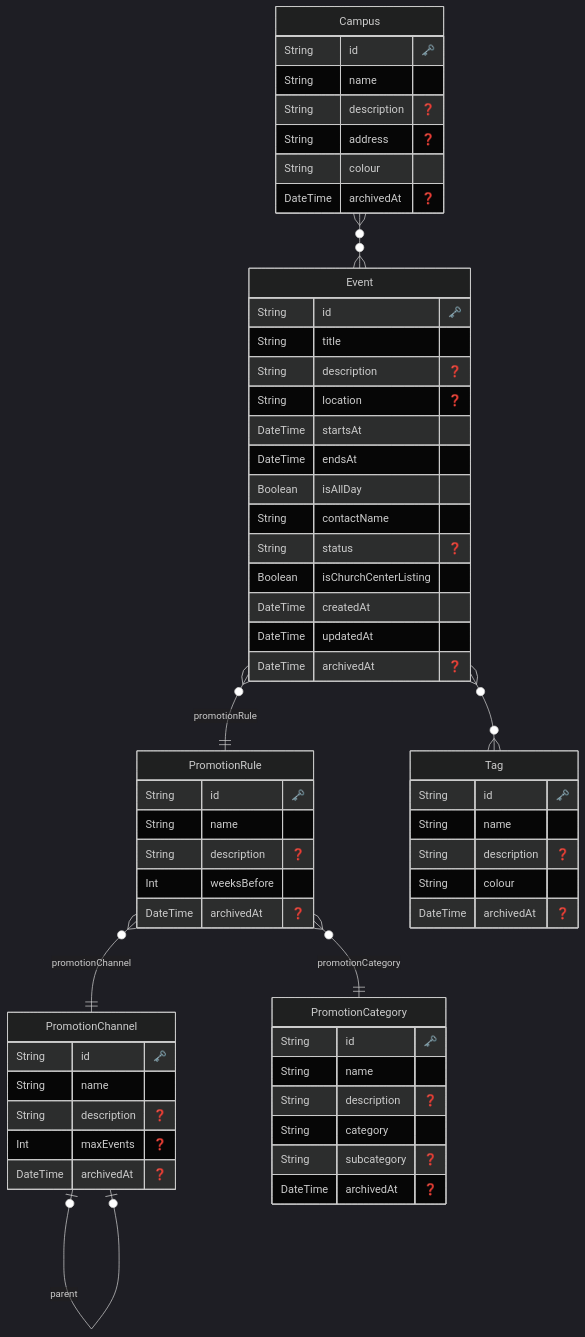
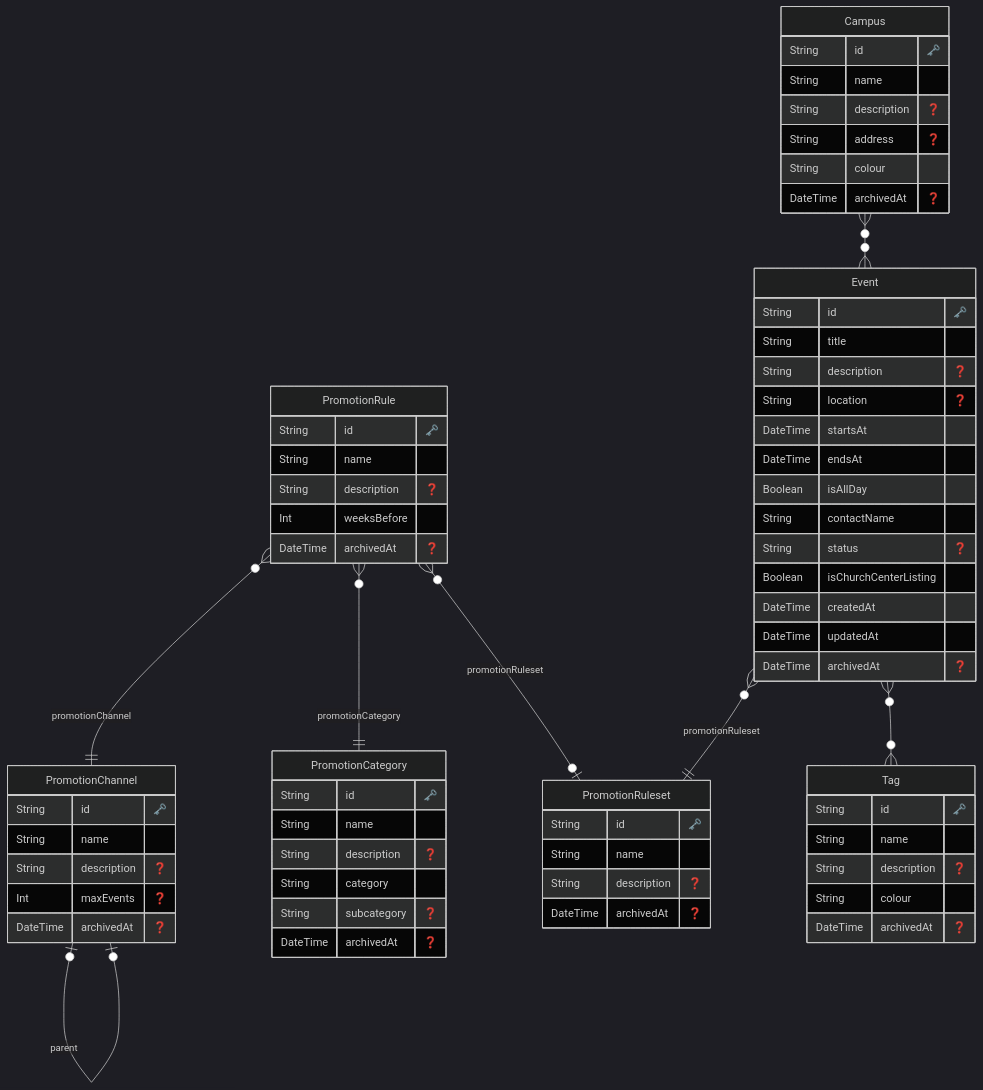
One commit to stevethewright/church-comms changed the diagram in prisma/ERD.md. Above: the diagram before and after it, drawn with Mermaid (dark theme). The commit also changed 2 other files, not shown here.

Commit message:
fix: Update init schema and ERD
Updated with PromotionRulset added

````diff
--- a/prisma/ERD.md
+++ b/prisma/ERD.md
@@ -1,73 +1,82 @@
 ```mermaid
 erDiagram
 
   "Campus" {
     String id "🗝️"
     String name 
     String description "❓"
     String address "❓"
     String colour 
     DateTime archivedAt "❓"
     }
   
 
   "PromotionChannel" {
     String id "🗝️"
     String name 
     String description "❓"
     Int maxEvents "❓"
     DateTime archivedAt "❓"
     }
   
 
   "PromotionRule" {
     String id "🗝️"
     String name 
     String description "❓"
     Int weeksBefore 
+    DateTime archivedAt "❓"
+    }
+  
+
+  "PromotionRuleset" {
+    String id "🗝️"
+    String name 
+    String description "❓"
     DateTime archivedAt "❓"
     }
   
 
   "PromotionCategory" {
     String id "🗝️"
     String name 
     String description "❓"
     String category 
     String subcategory "❓"
     DateTime archivedAt "❓"
     }
   
 
   "Event" {
     String id "🗝️"
     String title 
     String description "❓"
     String location "❓"
     DateTime startsAt 
     DateTime endsAt 
     Boolean isAllDay 
     String contactName 
     String status "❓"
     Boolean isChurchCenterListing 
     DateTime createdAt 
     DateTime updatedAt 
     DateTime archivedAt "❓"
     }
   
 
   "Tag" {
     String id "🗝️"
     String name 
     String description "❓"
     String colour 
     DateTime archivedAt "❓"
     }
   
     "Campus" o{--}o "Event" : ""
     "PromotionChannel" |o--|o "PromotionChannel" : "parent"
     "PromotionRule" }o--|| "PromotionChannel" : "promotionChannel"
     "PromotionRule" }o--|| "PromotionCategory" : "promotionCategory"
-    "Event" }o--|| "PromotionRule" : "promotionRule"
+    "PromotionRule" }o--|o "PromotionRuleset" : "promotionRuleset"
+    "Event" }o--|| "PromotionRuleset" : "promotionRuleset"
     "Event" o{--}o "Tag" : ""
 ```
````
